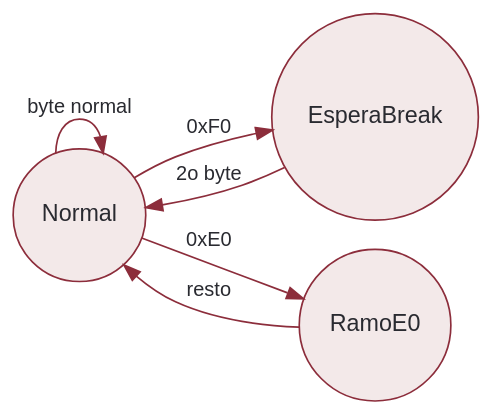
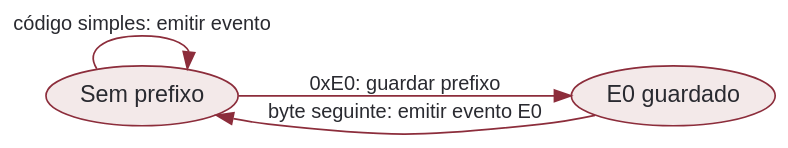
The diagram in src/content/lc/maquina-teclado.dot (rodrgds/resumos), drawn with Graphviz before and after one commit. The commit also changed 29 other files, not shown here.

```diff
--- a/src/content/lc/maquina-teclado.dot
+++ b/src/content/lc/maquina-teclado.dot
@@ -1,10 +1,10 @@
 digraph Descodificador {
   graph [bgcolor="transparent", rankdir=LR, pad=0.2];
-  node [shape=circle, style=filled, fillcolor="#f3e9e9", color="#8c2d3b", fontcolor="#292a30", fontname="Arial", fontsize=14];
+  node [shape=ellipse, style=filled, fillcolor="#f3e9e9", color="#8c2d3b", fontcolor="#292a30", fontname="Arial", fontsize=14];
   edge [color="#8c2d3b", fontcolor="#292a30", fontname="Arial", fontsize=12];
-  Normal -> Normal [label="byte normal"];
-  Normal -> EsperaBreak [label="0xF0"];
-  Normal -> RamoE0 [label="0xE0"];
-  EsperaBreak -> Normal [label="2o byte"];
-  RamoE0 -> Normal [label="resto"];
+  Normal [label="Sem prefixo"];
+  Extended [label="E0 guardado"];
+  Normal -> Normal [label="código simples: emitir evento"];
+  Normal -> Extended [label="0xE0: guardar prefixo"];
+  Extended -> Normal [label="byte seguinte: emitir evento E0"];
 }
```
